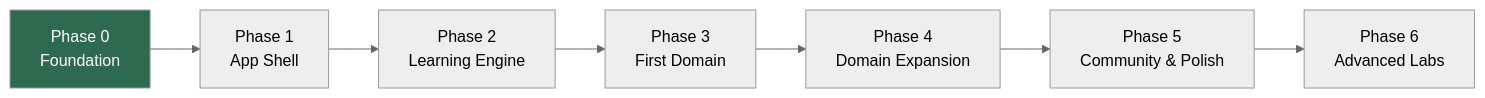
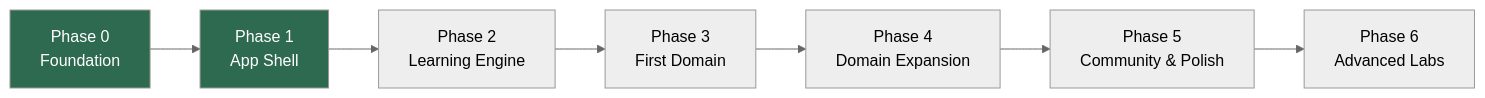
Before and after one commit to ADSACHIN/openlab: the diagram in ROADMAP.md, drawn with Mermaid (neutral theme). The commit also changed other lines of this file and 69 other files, not shown here.

````diff
--- a/ROADMAP.md
+++ b/ROADMAP.md
@@ -6,10 +6,11 @@
 ```mermaid
 flowchart LR
   P0[Phase 0<br/>Foundation] --> P1[Phase 1<br/>App Shell]
   P1 --> P2[Phase 2<br/>Learning Engine]
   P2 --> P3[Phase 3<br/>First Domain]
   P3 --> P4[Phase 4<br/>Domain Expansion]
   P4 --> P5["Phase 5<br/>Community & Polish"]
   P5 --> P6[Phase 6<br/>Advanced Labs]
   style P0 fill:#2d6a4f,color:#fff
+  style P1 fill:#2d6a4f,color:#fff
 ```
````
